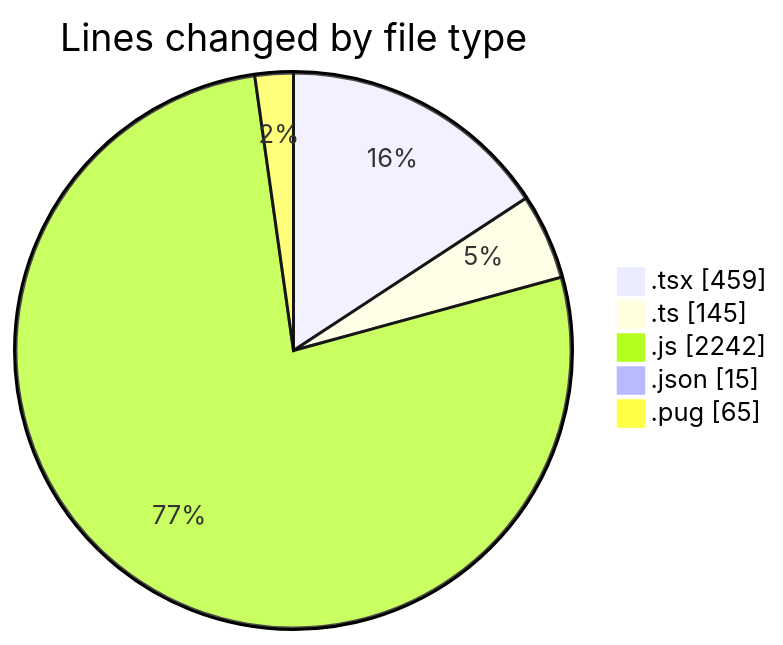
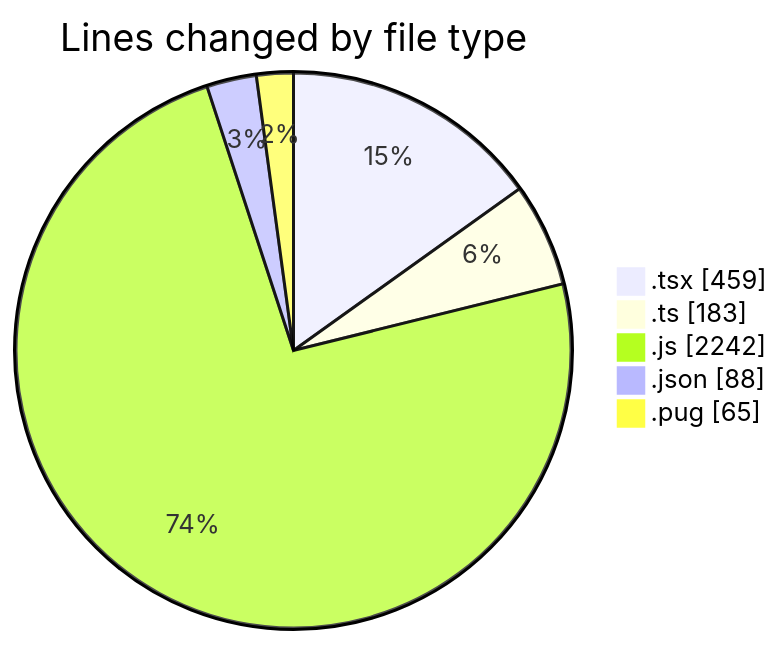
The first of 2 diagrams in 2025-03-24/cda/README.md (momahboobian/code-tracking), drawn with Mermaid before and after one commit. The commit also changed other lines of this file and 1 other file, not shown here.

````diff
--- a/2025-03-24/cda/README.md
+++ b/2025-03-24/cda/README.md
@@ -31,9 +32,9 @@
 ```mermaid
 pie showData
 title Lines changed by file type
 ".tsx" : 459
-".ts" : 145
+".ts" : 183
 ".js" : 2242
-".json" : 15
+".json" : 88
 ".pug" : 65
 ```
````
